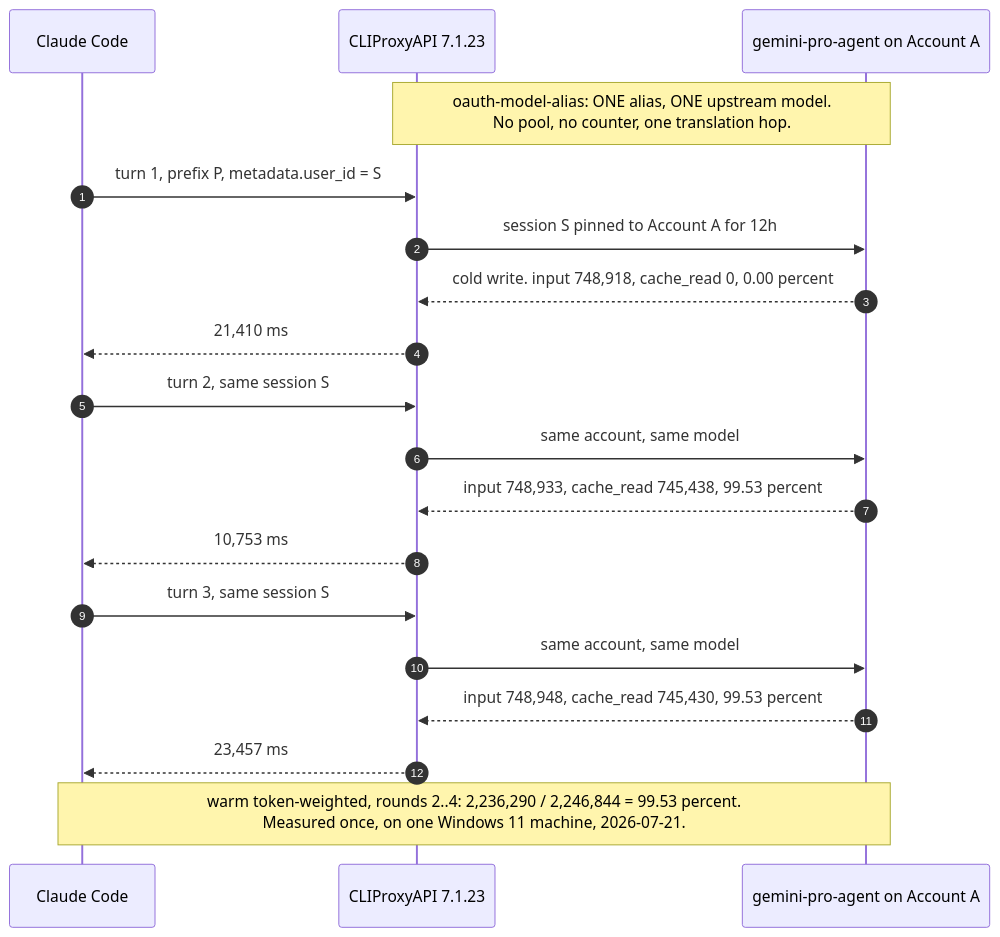
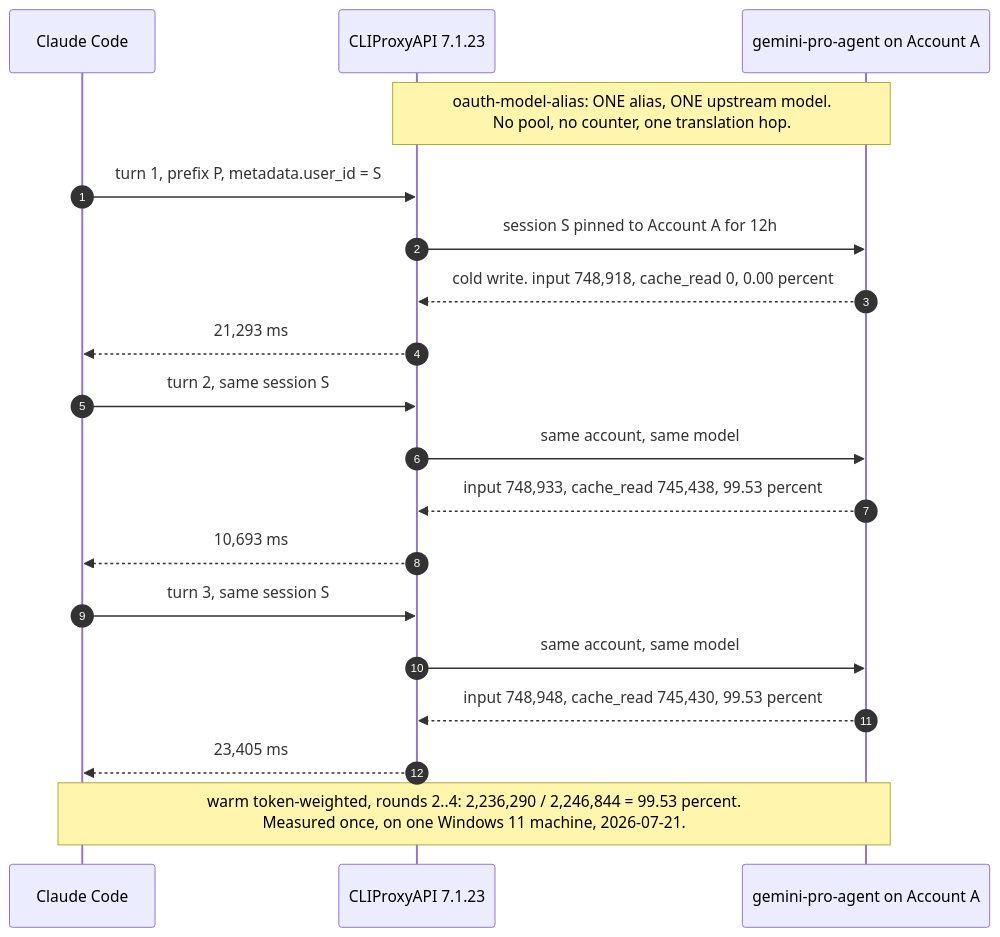
The fifth of 5 diagrams in docs/diagrams/architecture.md (shark0120/yangble5), drawn with Mermaid before and after one commit. The commit also changed other lines of this file and 13 other files, not shown here.

````diff
--- a/docs/diagrams/architecture.md
+++ b/docs/diagrams/architecture.md
@@ -237,26 +237,26 @@
 ```mermaid
 sequenceDiagram
     autonumber
     participant CC as Claude Code
     participant ENG as CLIProxyAPI 7.1.23
     participant A as gemini-pro-agent on Account A
 
     Note over ENG,A: oauth-model-alias: ONE alias, ONE upstream model.<br/>No pool, no counter, one translation hop.
 
     CC->>ENG: turn 1, prefix P, metadata.user_id = S
     ENG->>A: session S pinned to Account A for 12h
     A-->>ENG: cold write. input 748,918, cache_read 0, 0.00 percent
-    ENG-->>CC: 21,410 ms
+    ENG-->>CC: 21,293 ms
 
     CC->>ENG: turn 2, same session S
     ENG->>A: same account, same model
     A-->>ENG: input 748,933, cache_read 745,438, 99.53 percent
-    ENG-->>CC: 10,753 ms
+    ENG-->>CC: 10,693 ms
 
     CC->>ENG: turn 3, same session S
     ENG->>A: same account, same model
     A-->>ENG: input 748,948, cache_read 745,430, 99.53 percent
-    ENG-->>CC: 23,457 ms
+    ENG-->>CC: 23,405 ms
 
     Note over CC,A: warm token-weighted, rounds 2..4: 2,236,290 / 2,246,844 = 99.53 percent.<br/>Measured once, on one Windows 11 machine, 2026-07-21.
 ```
````
